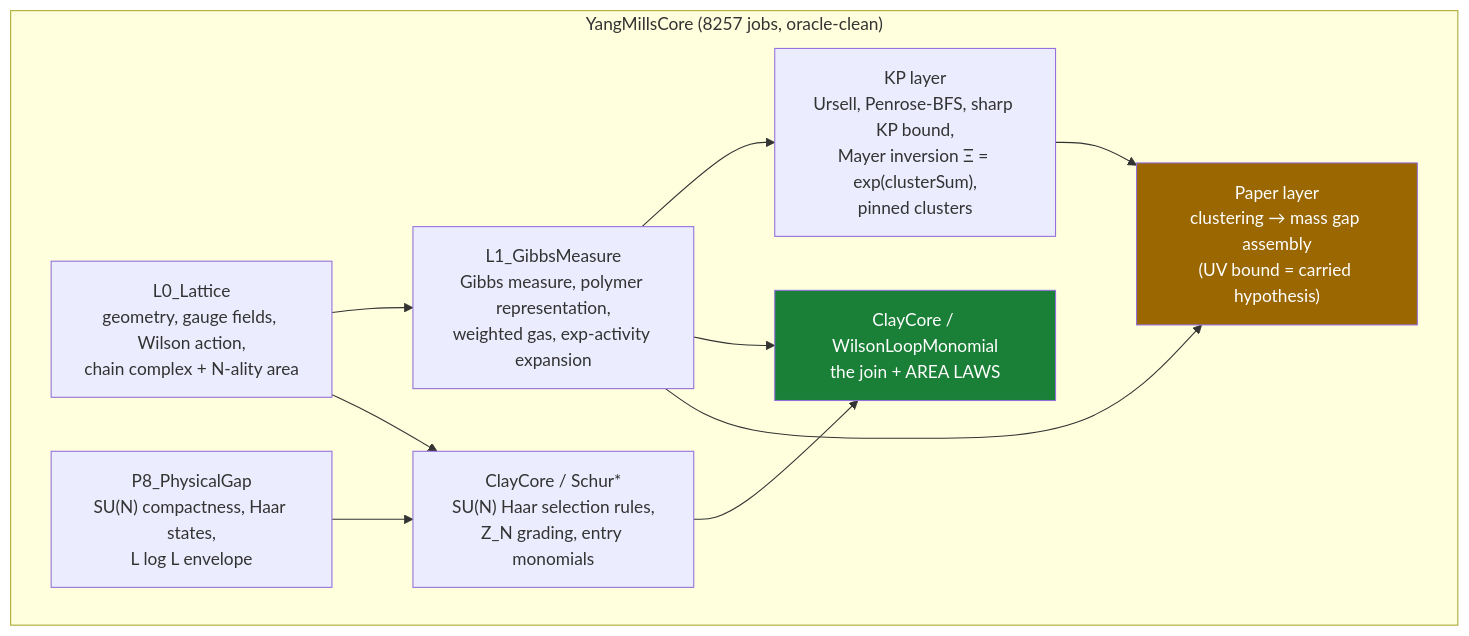
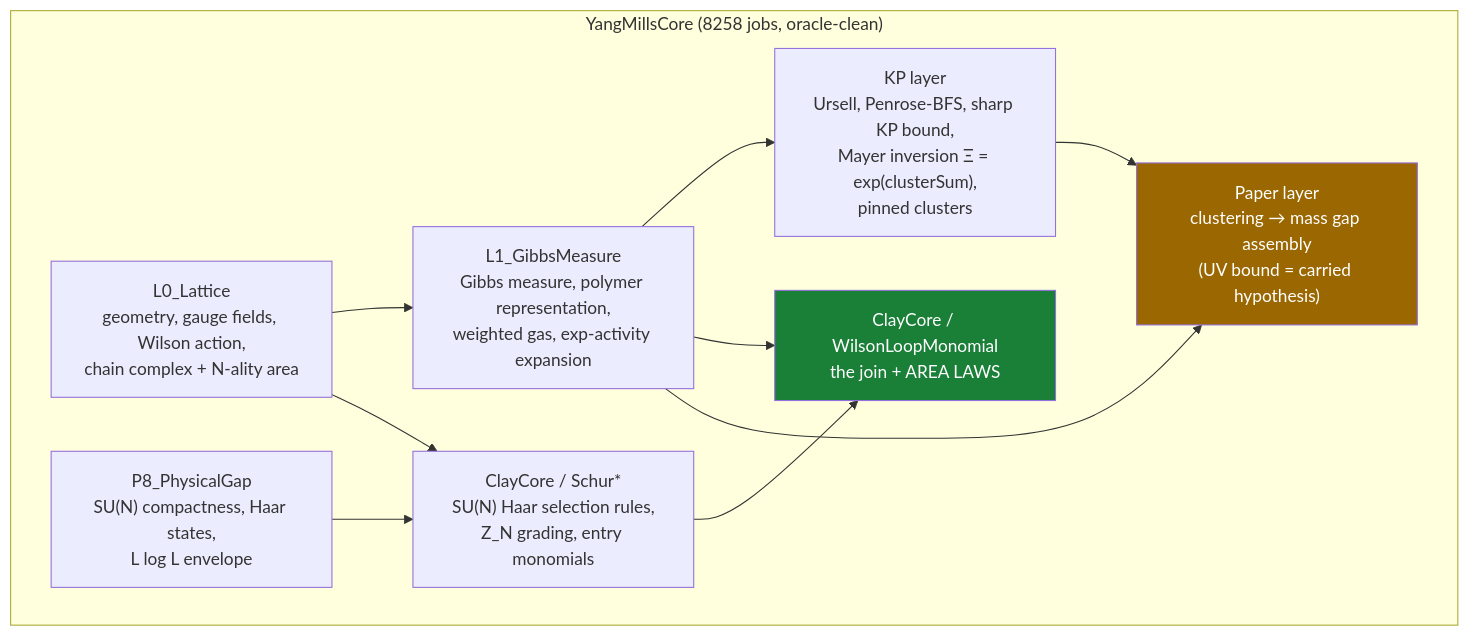
One commit to lluiseriksson/THE-ERIKSSON-PROGRAMME changed the diagram in README.md. Above: the diagram before and after it, drawn with Mermaid. The commit also changed other lines of this file and 5 other files, not shown here.

````diff
--- a/README.md
+++ b/README.md
@@ -204,20 +204,20 @@
 ```mermaid
 graph TD
-    subgraph core["YangMillsCore  (8257 jobs, oracle-clean)"]
+    subgraph core["YangMillsCore  (8258 jobs, oracle-clean)"]
         L0["L0_Lattice<br/>geometry, gauge fields, Wilson action,<br/>chain complex + N-ality area"]
         L1["L1_GibbsMeasure<br/>Gibbs measure, polymer representation,<br/>weighted gas, exp-activity expansion"]
         KP["KP layer<br/>Ursell, Penrose-BFS, sharp KP bound,<br/>Mayer inversion Ξ = exp(clusterSum),<br/>pinned clusters"]
         SCHUR["ClayCore / Schur*<br/>SU(N) Haar selection rules,<br/>Z_N grading, entry monomials"]
         WLM["ClayCore / WilsonLoopMonomial<br/>the join + AREA LAWS"]
         PAPER["Paper layer<br/>clustering → mass gap assembly<br/>(UV bound = carried hypothesis)"]
         P8["P8_PhysicalGap<br/>SU(N) compactness, Haar states,<br/>L log L envelope"]
     end
     L0 --> L1 --> KP
     L0 --> SCHUR --> WLM
     L1 --> WLM
     L1 --> PAPER
     KP --> PAPER
     P8 --> SCHUR
     style WLM fill:#1a7f37,color:#fff
     style PAPER fill:#9a6700,color:#fff
 ```
````
